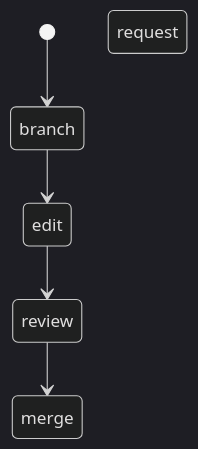
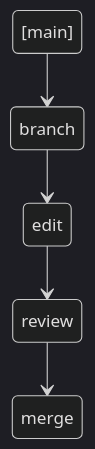
The first of 2 diagrams in README.md (sdncoder/sdncoder.github.io), drawn with Mermaid (dark theme) before and after one commit.

````diff
--- a/README.md
+++ b/README.md
@@ -7,7 +7,7 @@
 ```mermaid
    stateDiagram
-    [*] --> branch
+    [main] --> branch
     branch --> edit
-    edit --> review request
+    edit --> review
     review --> merge
  ```
````
